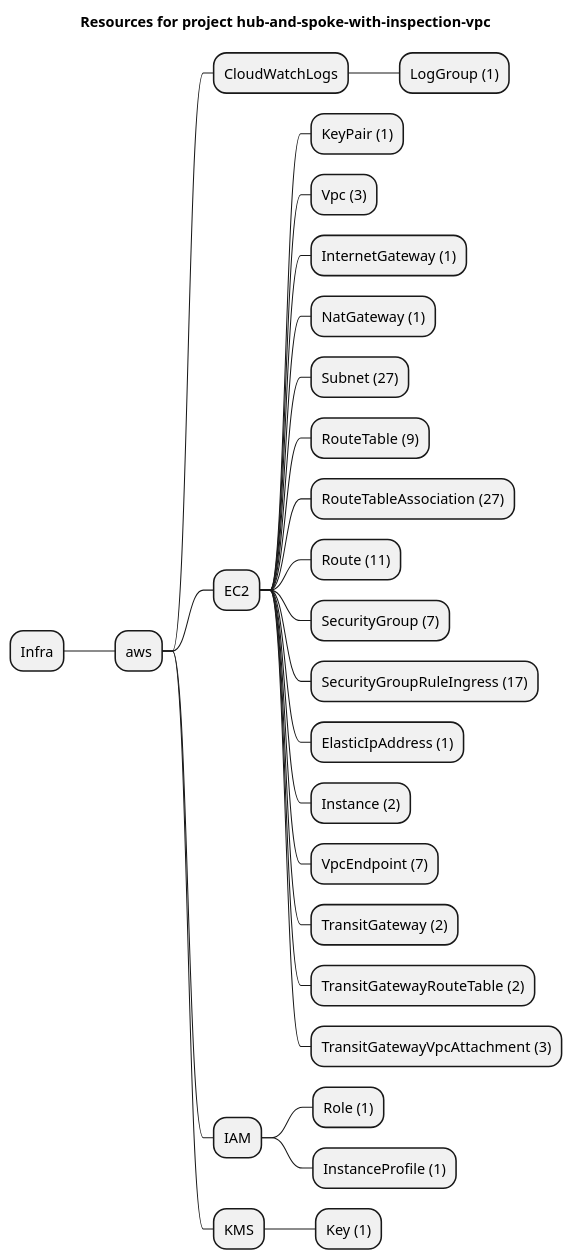
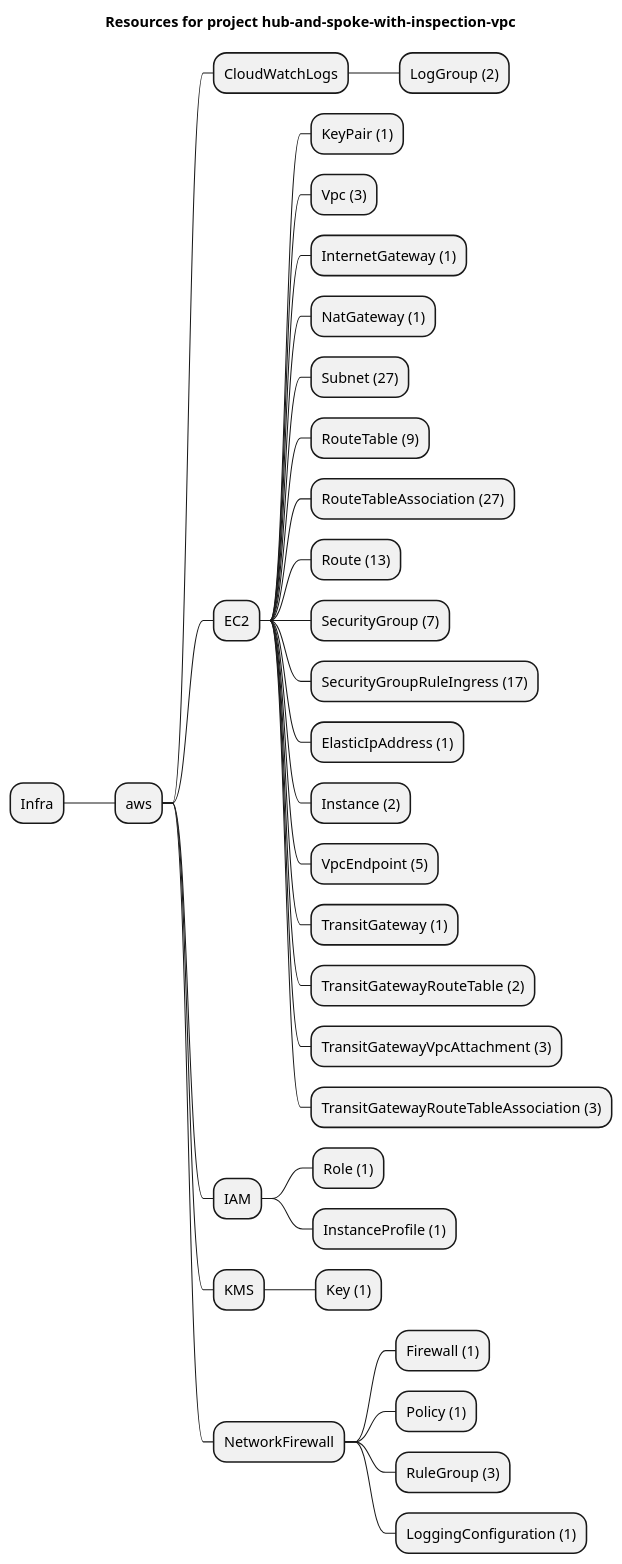
The diagram in examples/aws/EC2/hub-and-spoke-with-inspection-vpc/artifacts/resources-mindmap.puml (grucloud/grucloud), drawn with PlantUML before and after one commit. The commit also changed 92 other files, not shown here.

Commit message:
network firewall

```diff
--- a/examples/aws/EC2/hub-and-spoke-with-inspection-vpc/artifacts/resources-mindmap.puml
+++ b/examples/aws/EC2/hub-and-spoke-with-inspection-vpc/artifacts/resources-mindmap.puml
@@ -1,30 +1,36 @@
 @startmindmap
 title Resources for project hub-and-spoke-with-inspection-vpc
 skinparam monochrome true
 + Infra
 ++ aws
 +++ CloudWatchLogs
-++++ LogGroup (1)
+++++ LogGroup (2)
 +++ EC2
 ++++ KeyPair (1)
 ++++ Vpc (3)
 ++++ InternetGateway (1)
 ++++ NatGateway (1)
 ++++ Subnet (27)
 ++++ RouteTable (9)
 ++++ RouteTableAssociation (27)
-++++ Route (11)
+++++ Route (13)
 ++++ SecurityGroup (7)
 ++++ SecurityGroupRuleIngress (17)
 ++++ ElasticIpAddress (1)
 ++++ Instance (2)
-++++ VpcEndpoint (7)
-++++ TransitGateway (2)
+++++ VpcEndpoint (5)
+++++ TransitGateway (1)
 ++++ TransitGatewayRouteTable (2)
 ++++ TransitGatewayVpcAttachment (3)
+++++ TransitGatewayRouteTableAssociation (3)
 +++ IAM
 ++++ Role (1)
 ++++ InstanceProfile (1)
 +++ KMS
 ++++ Key (1)
++++ NetworkFirewall
+++++ Firewall (1)
+++++ Policy (1)
+++++ RuleGroup (3)
+++++ LoggingConfiguration (1)
 @endmindmap
```
